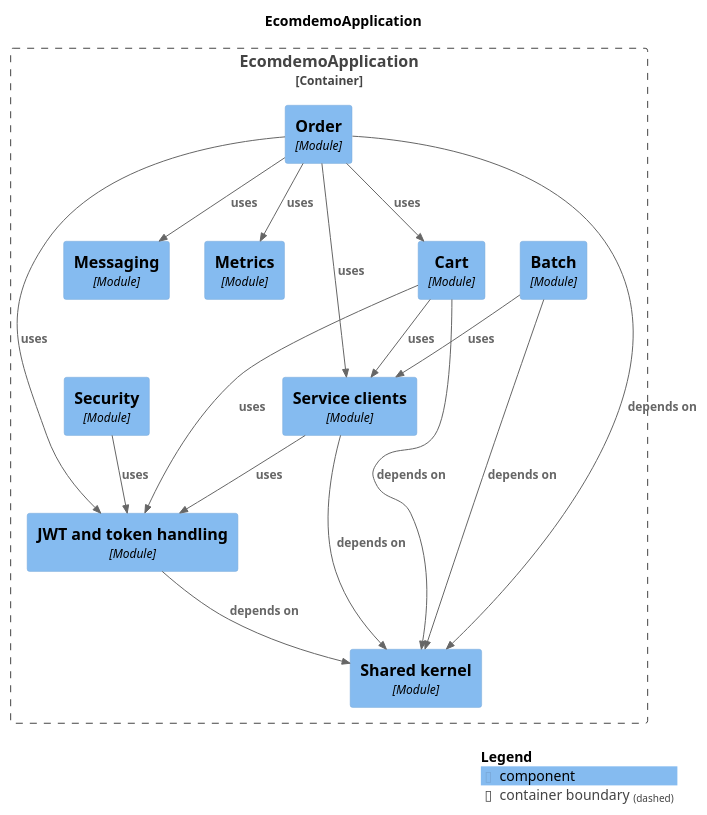
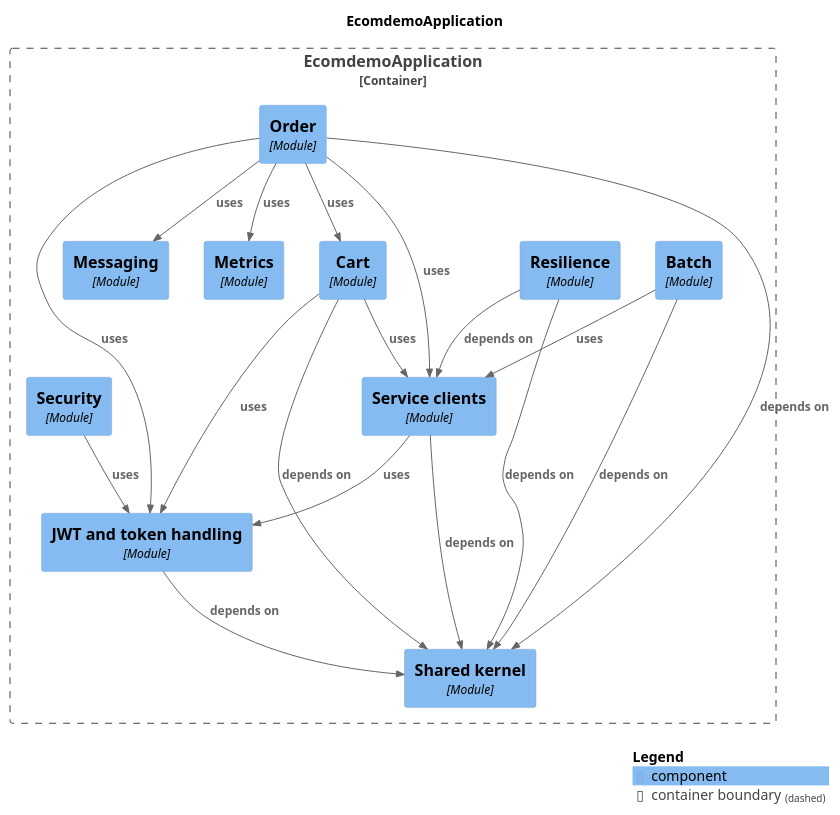
One commit to mr-sujay-patil/ecomdemo changed the diagram in docs/modules/components.puml. Above: the diagram before and after it, drawn with PlantUML. The commit also changed 5 other files, not shown here.

Commit message:
docs(phase-22): README resilience section, decisions, module docs

```diff
--- a/docs/modules/components.puml
+++ b/docs/modules/components.puml
@@ -1,40 +1,43 @@
 @startuml
 set separator none
 title EcomdemoApplication
 
 top to bottom direction
 
 !include <C4/C4>
 !include <C4/C4_Context>
 !include <C4/C4_Component>
 
 Container_Boundary("EcomdemoApplication.EcomdemoApplication_boundary", "EcomdemoApplication", $tags="") {
   Component(EcomdemoApplication.EcomdemoApplication.Batch, "Batch", $techn="Module", $descr="", $tags="", $link="")
   Component(EcomdemoApplication.EcomdemoApplication.Cart, "Cart", $techn="Module", $descr="", $tags="", $link="")
+  Component(EcomdemoApplication.EcomdemoApplication.Resilience, "Resilience", $techn="Module", $descr="", $tags="", $link="")
   Component(EcomdemoApplication.EcomdemoApplication.Order, "Order", $techn="Module", $descr="", $tags="", $link="")
   Component(EcomdemoApplication.EcomdemoApplication.Messaging, "Messaging", $techn="Module", $descr="", $tags="", $link="")
   Component(EcomdemoApplication.EcomdemoApplication.Metrics, "Metrics", $techn="Module", $descr="", $tags="", $link="")
   Component(EcomdemoApplication.EcomdemoApplication.Sharedkernel, "Shared kernel", $techn="Module", $descr="", $tags="", $link="")
   Component(EcomdemoApplication.EcomdemoApplication.JWTandtokenhandling, "JWT and token handling", $techn="Module", $descr="", $tags="", $link="")
   Component(EcomdemoApplication.EcomdemoApplication.Serviceclients, "Service clients", $techn="Module", $descr="", $tags="", $link="")
   Component(EcomdemoApplication.EcomdemoApplication.Security, "Security", $techn="Module", $descr="", $tags="", $link="")
 }
 
 Rel(EcomdemoApplication.EcomdemoApplication.Batch, EcomdemoApplication.EcomdemoApplication.Serviceclients, "uses", $techn="", $tags="", $link="")
 Rel(EcomdemoApplication.EcomdemoApplication.Batch, EcomdemoApplication.EcomdemoApplication.Sharedkernel, "depends on", $techn="", $tags="", $link="")
 Rel(EcomdemoApplication.EcomdemoApplication.Cart, EcomdemoApplication.EcomdemoApplication.JWTandtokenhandling, "uses", $techn="", $tags="", $link="")
 Rel(EcomdemoApplication.EcomdemoApplication.Cart, EcomdemoApplication.EcomdemoApplication.Serviceclients, "uses", $techn="", $tags="", $link="")
 Rel(EcomdemoApplication.EcomdemoApplication.Cart, EcomdemoApplication.EcomdemoApplication.Sharedkernel, "depends on", $techn="", $tags="", $link="")
 Rel(EcomdemoApplication.EcomdemoApplication.JWTandtokenhandling, EcomdemoApplication.EcomdemoApplication.Sharedkernel, "depends on", $techn="", $tags="", $link="")
 Rel(EcomdemoApplication.EcomdemoApplication.Order, EcomdemoApplication.EcomdemoApplication.Cart, "uses", $techn="", $tags="", $link="")
 Rel(EcomdemoApplication.EcomdemoApplication.Order, EcomdemoApplication.EcomdemoApplication.JWTandtokenhandling, "uses", $techn="", $tags="", $link="")
 Rel(EcomdemoApplication.EcomdemoApplication.Order, EcomdemoApplication.EcomdemoApplication.Messaging, "uses", $techn="", $tags="", $link="")
 Rel(EcomdemoApplication.EcomdemoApplication.Order, EcomdemoApplication.EcomdemoApplication.Metrics, "uses", $techn="", $tags="", $link="")
 Rel(EcomdemoApplication.EcomdemoApplication.Order, EcomdemoApplication.EcomdemoApplication.Serviceclients, "uses", $techn="", $tags="", $link="")
 Rel(EcomdemoApplication.EcomdemoApplication.Order, EcomdemoApplication.EcomdemoApplication.Sharedkernel, "depends on", $techn="", $tags="", $link="")
+Rel(EcomdemoApplication.EcomdemoApplication.Resilience, EcomdemoApplication.EcomdemoApplication.Serviceclients, "depends on", $techn="", $tags="", $link="")
+Rel(EcomdemoApplication.EcomdemoApplication.Resilience, EcomdemoApplication.EcomdemoApplication.Sharedkernel, "depends on", $techn="", $tags="", $link="")
 Rel(EcomdemoApplication.EcomdemoApplication.Security, EcomdemoApplication.EcomdemoApplication.JWTandtokenhandling, "uses", $techn="", $tags="", $link="")
 Rel(EcomdemoApplication.EcomdemoApplication.Serviceclients, EcomdemoApplication.EcomdemoApplication.JWTandtokenhandling, "uses", $techn="", $tags="", $link="")
 Rel(EcomdemoApplication.EcomdemoApplication.Serviceclients, EcomdemoApplication.EcomdemoApplication.Sharedkernel, "depends on", $techn="", $tags="", $link="")
 
 SHOW_LEGEND(true)
 @enduml
```
